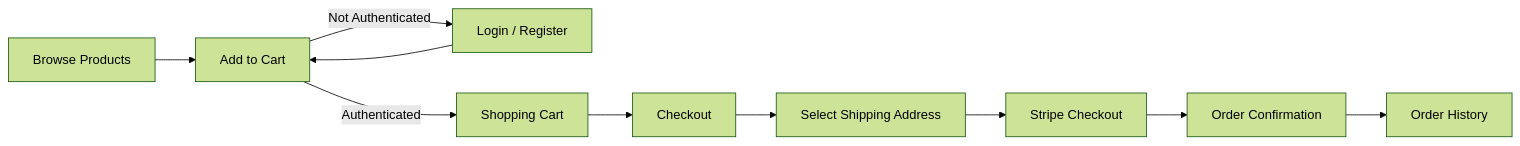
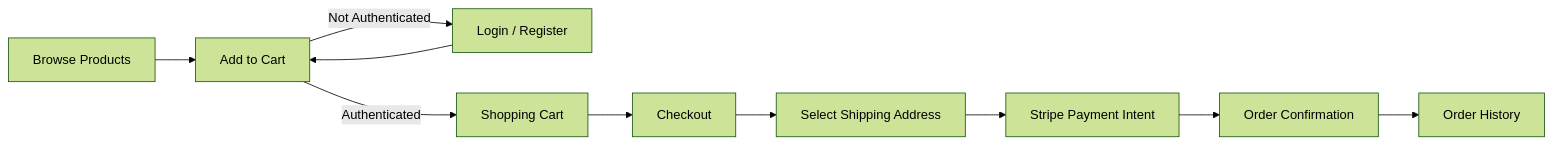
The fifth of 7 diagrams in README.md (Dhanno98/Ecommerce-Frontend), drawn with Mermaid (forest theme) before and after one commit. The commit also changed other lines of this file, not shown here.

````diff
--- a/README.md
+++ b/README.md
@@ -372,31 +374,31 @@
 ```mermaid
 flowchart LR
 
     A["Browse Products"]
 
     B["Login / Register"]
 
     C["Add to Cart"]
 
     D["Shopping Cart"]
 
     E["Checkout"]
 
     F["Select Shipping Address"]
 
-    G["Stripe Checkout"]
+    G["Stripe Payment Intent"]
 
     H["Order Confirmation"]
 
     I["Order History"]
 
     A --> C
     C -->|Not Authenticated| B
     B --> C
     C -->|Authenticated| D
     D --> E
     E --> F
     F --> G
     G --> H
     H --> I
 ```
````
